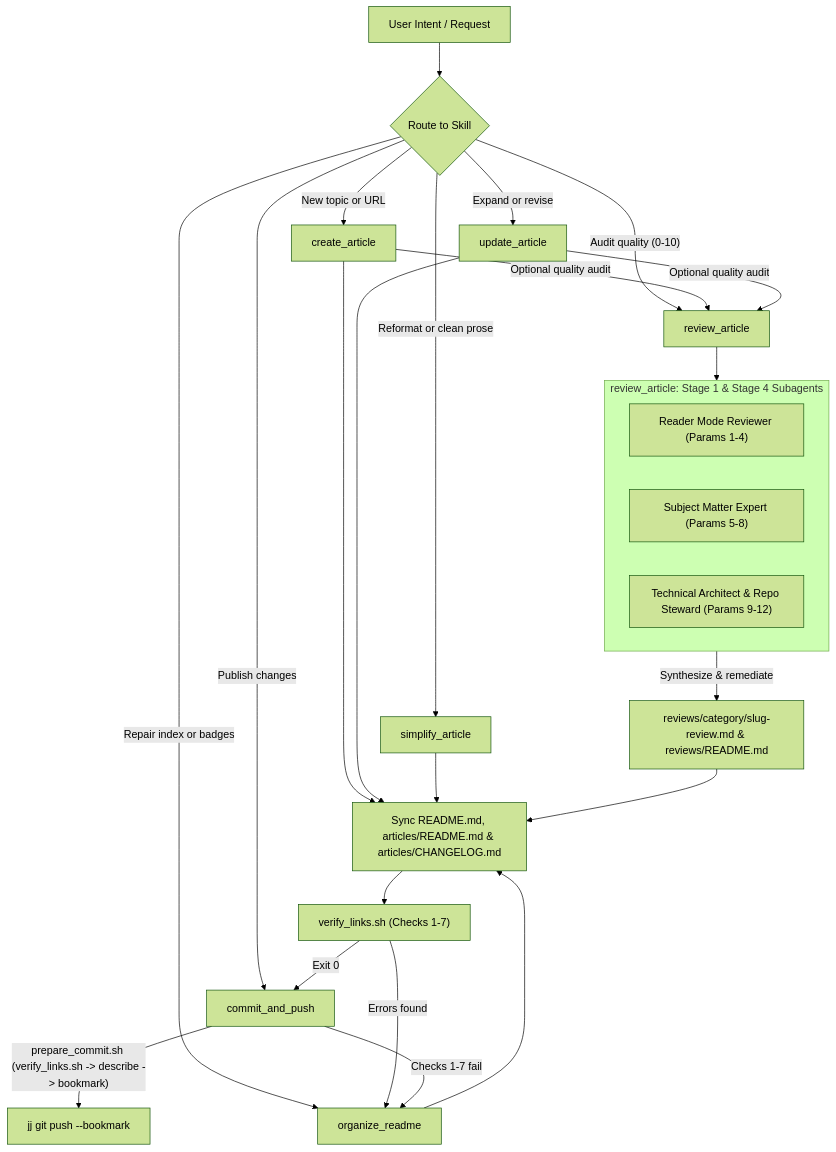
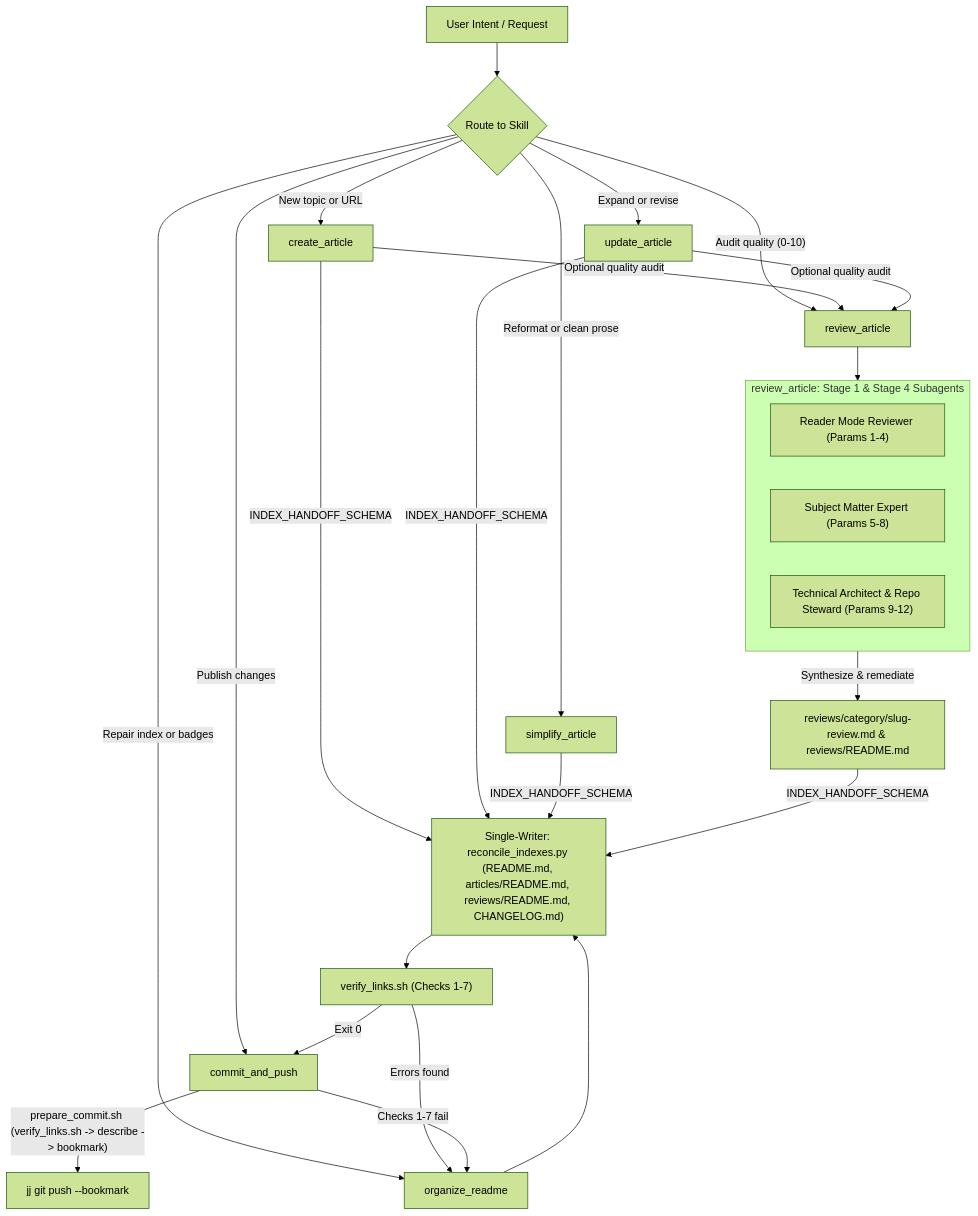
Before and after one commit to rohithtp/ThoughtsInWords: the diagram in .agent/skills/README.md, drawn with Mermaid (forest theme). The commit also changed other lines of this file and 14 other files, not shown here.

Commit message:
feat(agent): implement Option A4 single-writer reconciler, Option B4 schema-validated review workflow, and shared rules

````diff
--- a/.agent/skills/README.md
+++ b/.agent/skills/README.md
@@ -47,35 +47,35 @@
 ```mermaid
 flowchart TD
     User["User Intent / Request"] --> Route{"Route to Skill"}
 
     Route -->|"New topic or URL"| Create["create_article"]
     Route -->|"Expand or revise"| Update["update_article"]
     Route -->|"Reformat or clean prose"| Simplify["simplify_article"]
     Route -->|"Audit quality (0-10)"| Review["review_article"]
     Route -->|"Repair index or badges"| Organize["organize_readme"]
     Route -->|"Publish changes"| Push["commit_and_push"]
 
     Create -->|"Optional quality audit"| Review
     Update -->|"Optional quality audit"| Review
 
     subgraph FanOut["review_article: Stage 1 & Stage 4 Subagents"]
         Reader["Reader Mode Reviewer (Params 1-4)"]
         SME["Subject Matter Expert (Params 5-8)"]
         Architect["Technical Architect & Repo Steward (Params 9-12)"]
     end
 
     Review --> FanOut
     FanOut -->|"Synthesize & remediate"| Report["reviews/category/slug-review.md & reviews/README.md"]
 
-    Create --> Sync["Sync README.md, articles/README.md & articles/CHANGELOG.md"]
-    Update --> Sync
-    Simplify --> Sync
-    Report --> Sync
+    Create -->|"INDEX_HANDOFF_SCHEMA"| Sync["Single-Writer: reconcile_indexes.py (README.md, articles/README.md, reviews/README.md, CHANGELOG.md)"]
+    Update -->|"INDEX_HANDOFF_SCHEMA"| Sync
+    Simplify -->|"INDEX_HANDOFF_SCHEMA"| Sync
+    Report -->|"INDEX_HANDOFF_SCHEMA"| Sync
     Organize --> Sync
 
     Sync --> Gate["verify_links.sh (Checks 1-7)"]
     Gate -->|"Exit 0"| Push
     Gate -->|"Errors found"| Organize
     Push -->|"prepare_commit.sh (verify_links.sh -> describe -> bookmark)"| Remote["jj git push --bookmark"]
     Push -->|"Checks 1-7 fail"| Organize
 ```
````
